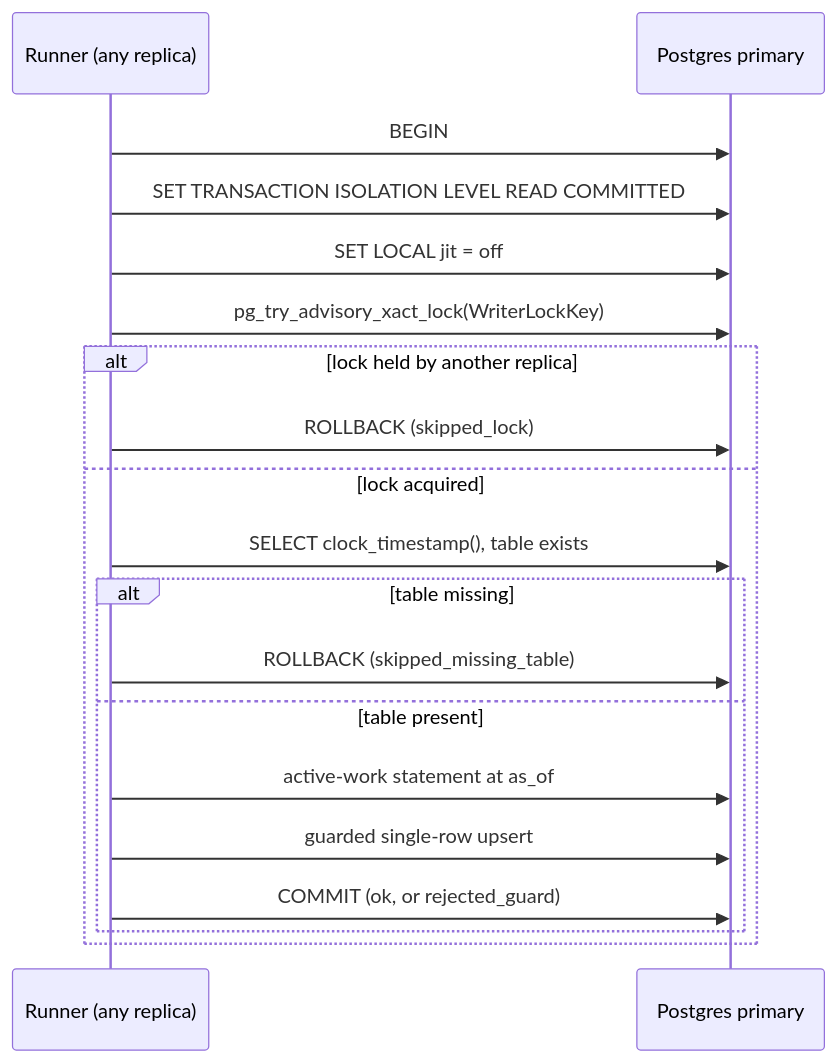
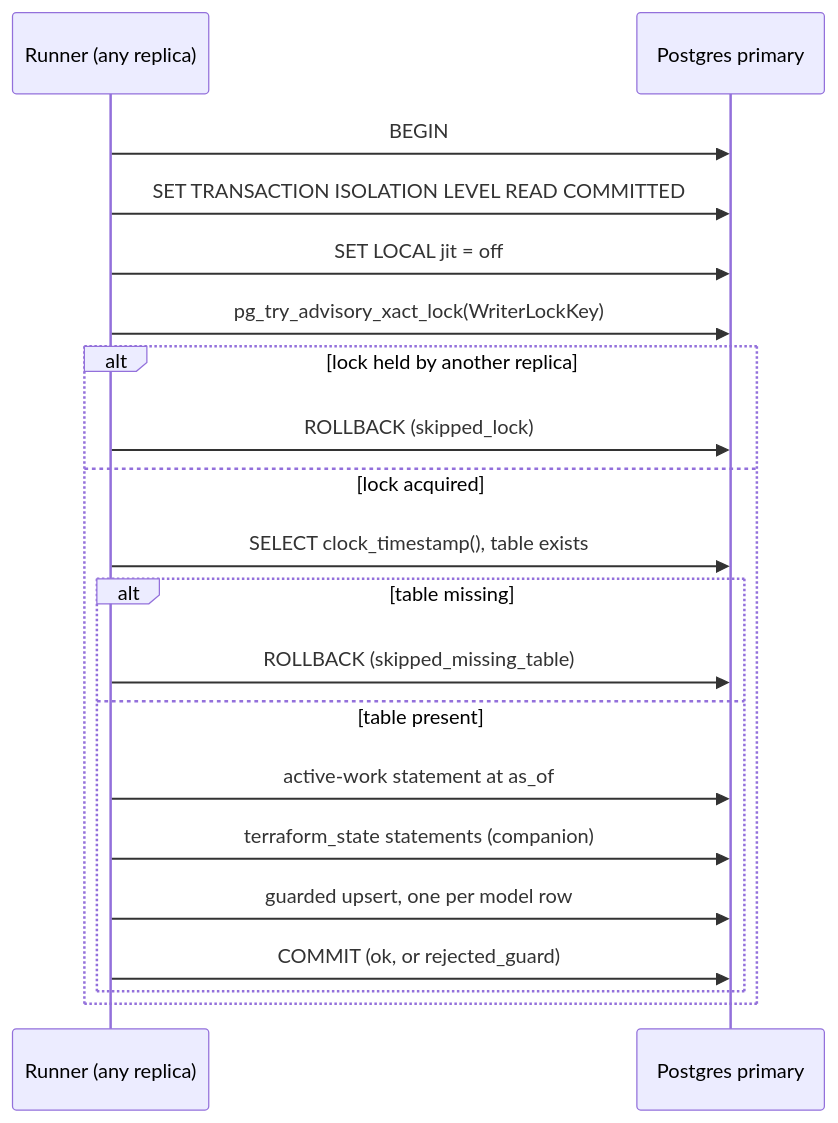
Before and after one commit to eshu-hq/eshu: the diagram in go/internal/reducer/status/summary/README.md, drawn with Mermaid. The commit also changed other lines of this file and 16 other files, not shown here.

First line of the commit message:
status: document the terraform_state summary model and its measurements

````diff
--- a/go/internal/reducer/status/summary/README.md
+++ b/go/internal/reducer/status/summary/README.md
@@ -27,21 +34,22 @@
 ```mermaid
 sequenceDiagram
     participant R as Runner (any replica)
     participant P as Postgres primary
     R->>P: BEGIN
     R->>P: SET TRANSACTION ISOLATION LEVEL READ COMMITTED
     R->>P: SET LOCAL jit = off
     R->>P: pg_try_advisory_xact_lock(WriterLockKey)
     alt lock held by another replica
         R->>P: ROLLBACK (skipped_lock)
     else lock acquired
         R->>P: SELECT clock_timestamp(), table exists
         alt table missing
             R->>P: ROLLBACK (skipped_missing_table)
         else table present
             R->>P: active-work statement at as_of
-            R->>P: guarded single-row upsert
+            R->>P: terraform_state statements (companion)
+            R->>P: guarded upsert, one per model row
             R->>P: COMMIT (ok, or rejected_guard)
         end
     end
 ```
````
